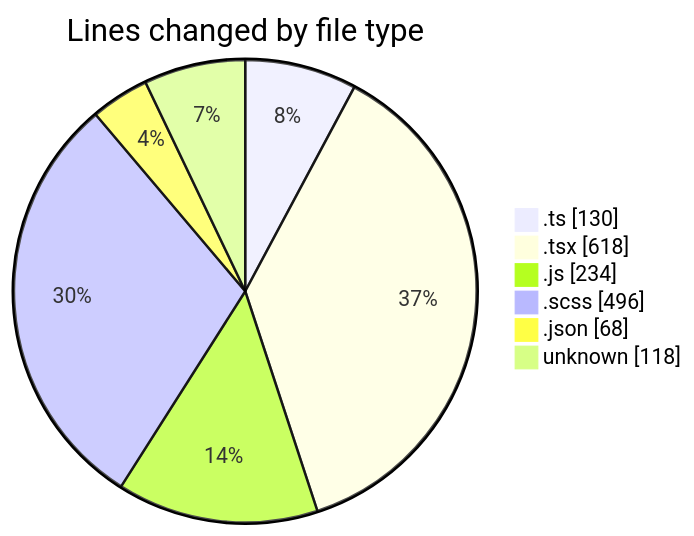
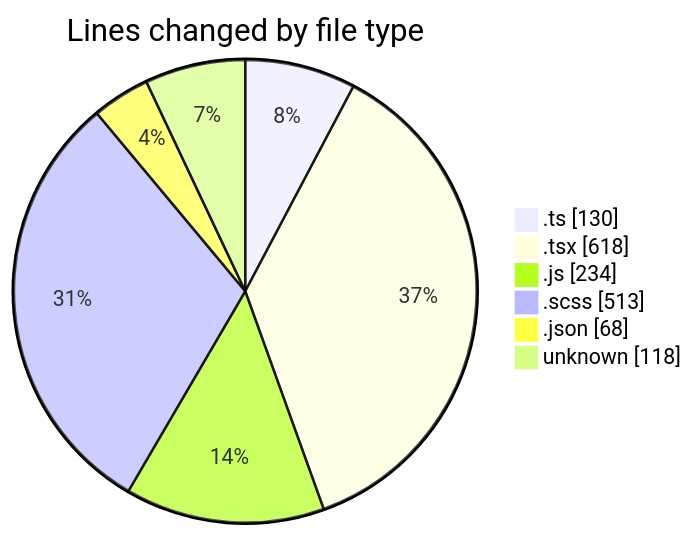
Before and after one commit to momahboobian/code-tracking: the first of 2 diagrams in 2026-05-08/cda/README.md, drawn with Mermaid. The commit also changed other lines of this file and 1 other file, not shown here.

````diff
--- a/2026-05-08/cda/README.md
+++ b/2026-05-08/cda/README.md
@@ -38,10 +38,10 @@
 ```mermaid
 pie showData
 title Lines changed by file type
 ".ts" : 130
 ".tsx" : 618
 ".js" : 234
-".scss" : 496
+".scss" : 513
 ".json" : 68
 "unknown" : 118
 ```
````
